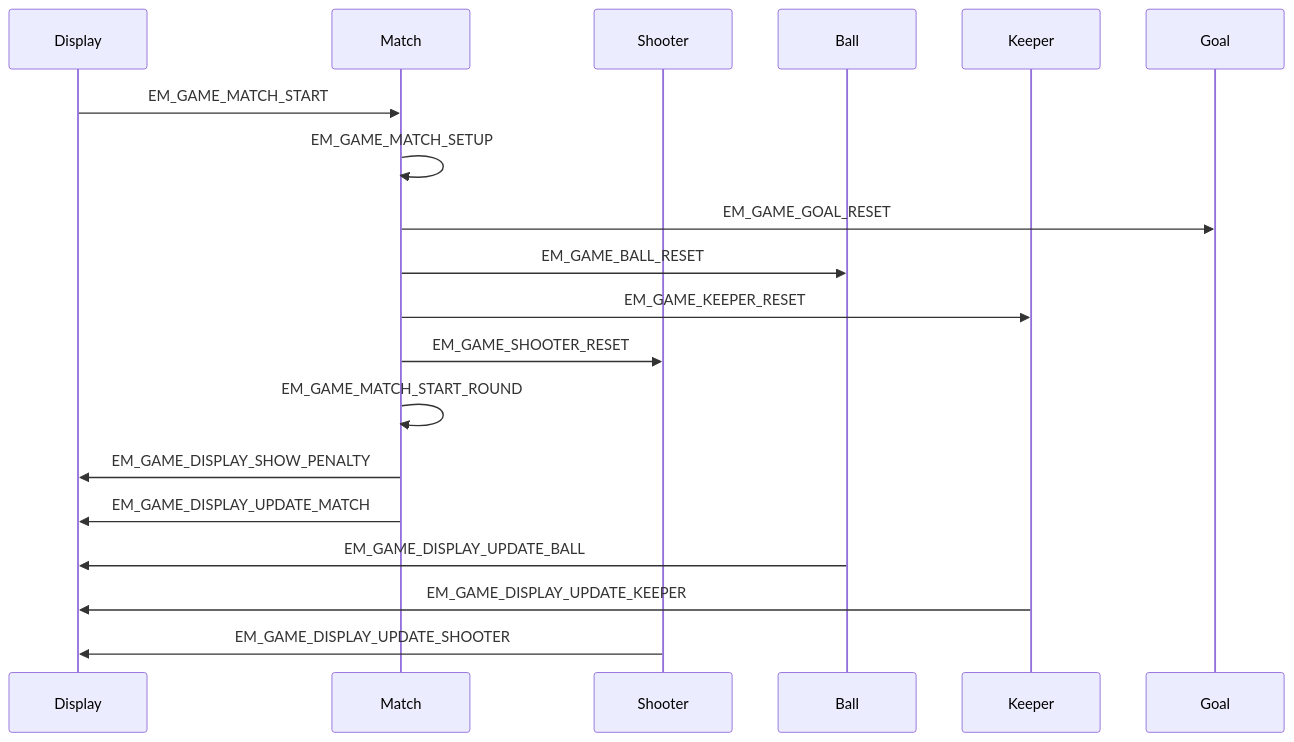
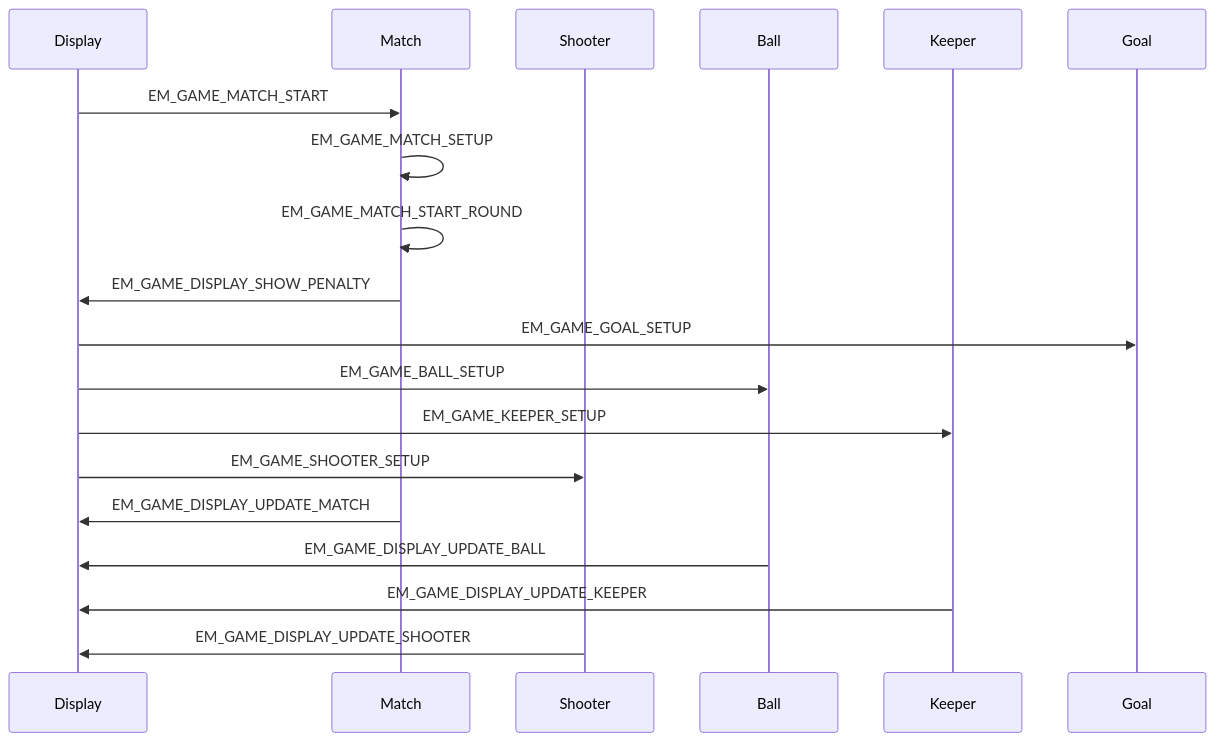
The first of 4 diagrams in docs/00-design-sequence-object.md (caotrongphuoc/11m-game), drawn with Mermaid before and after one commit. The commit also changed other lines of this file and 1 other file, not shown here.

Commit message:
[UPDATE] refine em_game round lifecycle orchestration

````diff
--- a/docs/00-design-sequence-object.md
+++ b/docs/00-design-sequence-object.md
@@ -18,22 +18,22 @@
 ```mermaid
 sequenceDiagram
     participant Display
     participant Match
     participant Shooter
     participant Ball
     participant Keeper
     participant Goal
 
     Display->>Match: EM_GAME_MATCH_START
     Match->>Match: EM_GAME_MATCH_SETUP
-    Match->>Goal: EM_GAME_GOAL_RESET
-    Match->>Ball: EM_GAME_BALL_RESET
-    Match->>Keeper: EM_GAME_KEEPER_RESET
-    Match->>Shooter: EM_GAME_SHOOTER_RESET
     Match->>Match: EM_GAME_MATCH_START_ROUND
     Match->>Display: EM_GAME_DISPLAY_SHOW_PENALTY
+    Display->>Goal: EM_GAME_GOAL_SETUP
+    Display->>Ball: EM_GAME_BALL_SETUP
+    Display->>Keeper: EM_GAME_KEEPER_SETUP
+    Display->>Shooter: EM_GAME_SHOOTER_SETUP
     Match->>Display: EM_GAME_DISPLAY_UPDATE_MATCH
     Ball->>Display: EM_GAME_DISPLAY_UPDATE_BALL
     Keeper->>Display: EM_GAME_DISPLAY_UPDATE_KEEPER
     Shooter->>Display: EM_GAME_DISPLAY_UPDATE_SHOOTER
 ```
````
